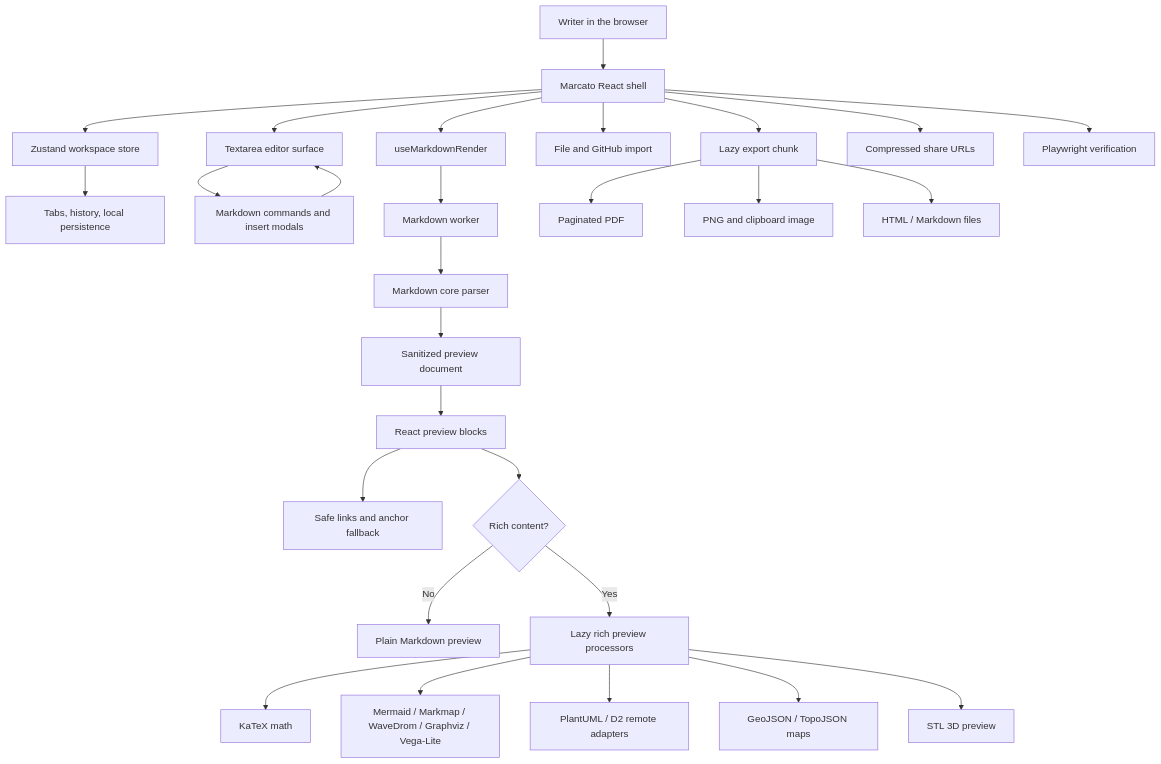
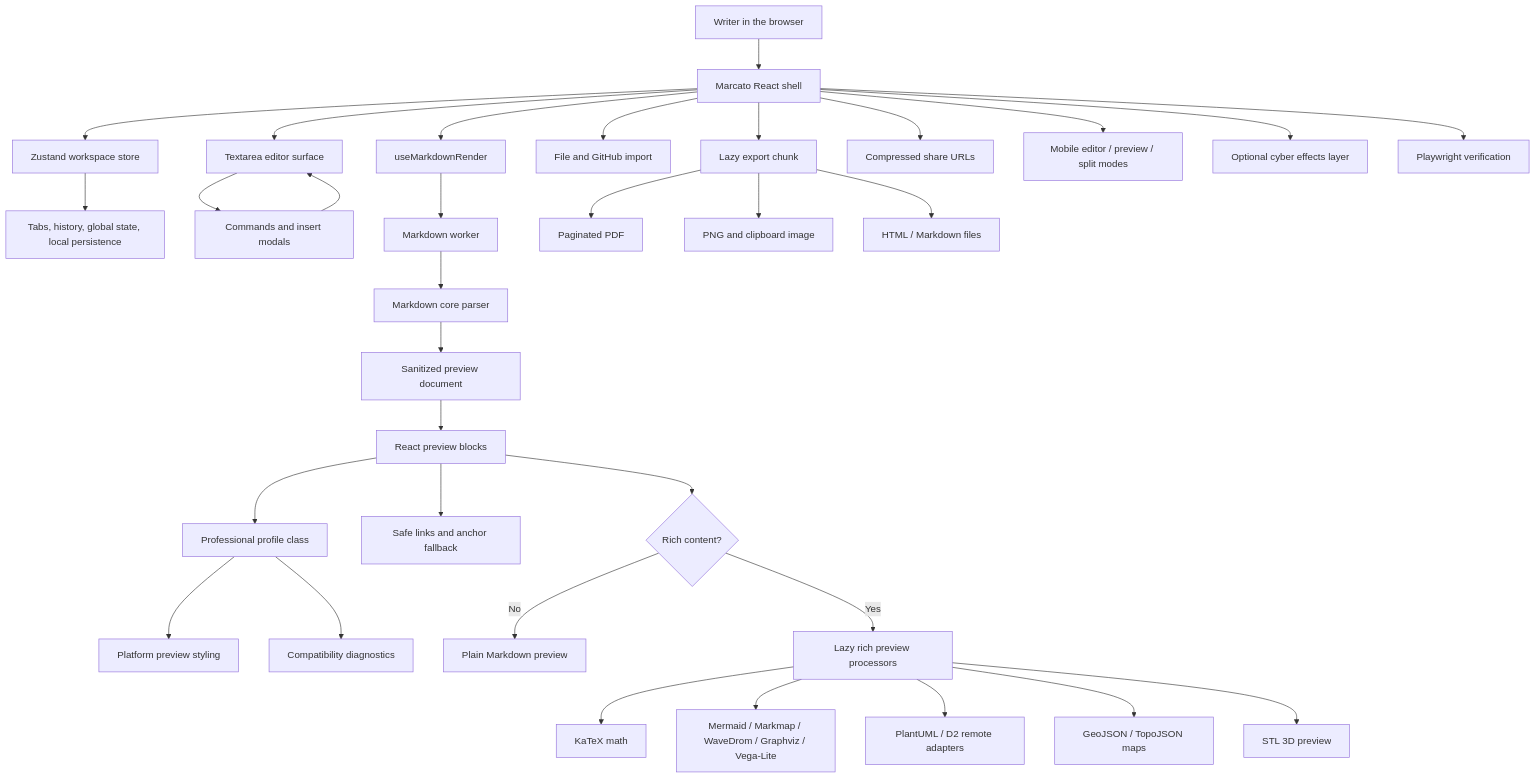
The diagram in README.md (tianrking/Marcato), drawn with Mermaid before and after one commit. The commit also changed other lines of this file and 12 other files, not shown here.

````diff
--- a/README.md
+++ b/README.md
@@ -39,37 +113,43 @@
 ```mermaid
 flowchart TB
   user[Writer in the browser] --> shell[Marcato React shell]
 
   shell --> store[Zustand workspace store]
-  store --> tabs[Tabs, history, local persistence]
+  store --> tabs[Tabs, history, global state, local persistence]
 
   shell --> editor[Textarea editor surface]
-  editor --> commands[Markdown commands and insert modals]
+  editor --> commands[Commands and insert modals]
   commands --> editor
 
   shell --> renderHook[useMarkdownRender]
   renderHook --> worker[Markdown worker]
   worker --> markdownCore[Markdown core parser]
   markdownCore --> sanitized[Sanitized preview document]
   sanitized --> preview[React preview blocks]
+
+  preview --> profile[Professional profile class]
+  profile --> visual[Platform preview styling]
+  profile --> diagnostics[Compatibility diagnostics]
 
   preview --> links[Safe links and anchor fallback]
   preview --> richGate{Rich content?}
   richGate -->|No| plain[Plain Markdown preview]
   richGate -->|Yes| processors[Lazy rich preview processors]
 
   processors --> math[KaTeX math]
   processors --> diagrams[Mermaid / Markmap / WaveDrom / Graphviz / Vega-Lite]
   processors --> remote[PlantUML / D2 remote adapters]
   processors --> maps[GeoJSON / TopoJSON maps]
   processors --> stl[STL 3D preview]
 
   shell --> importers[File and GitHub import]
   shell --> exporters[Lazy export chunk]
   exporters --> pdf[Paginated PDF]
   exporters --> images[PNG and clipboard image]
   exporters --> html[HTML / Markdown files]
 
   shell --> share[Compressed share URLs]
+  shell --> mobile[Mobile editor / preview / split modes]
+  shell --> effects[Optional cyber effects layer]
   shell --> tests[Playwright verification]
 ```
````
